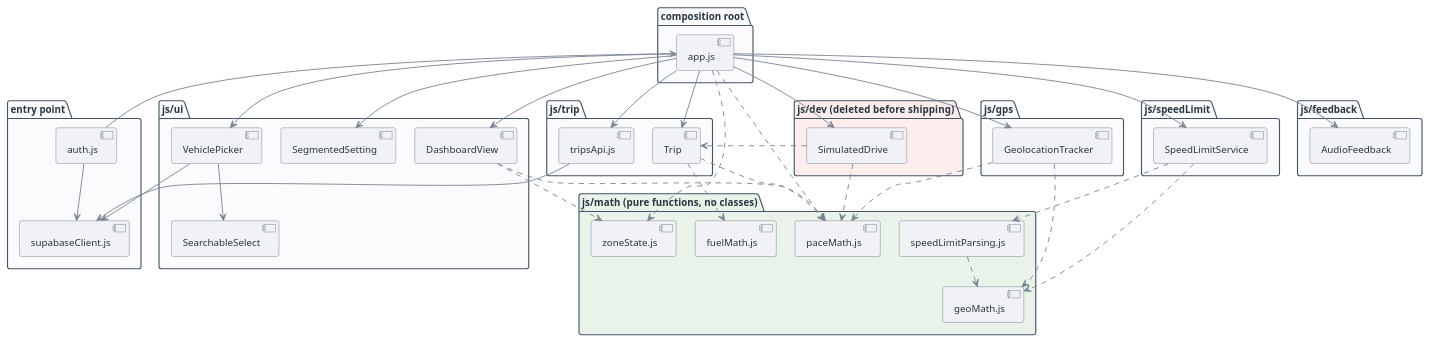
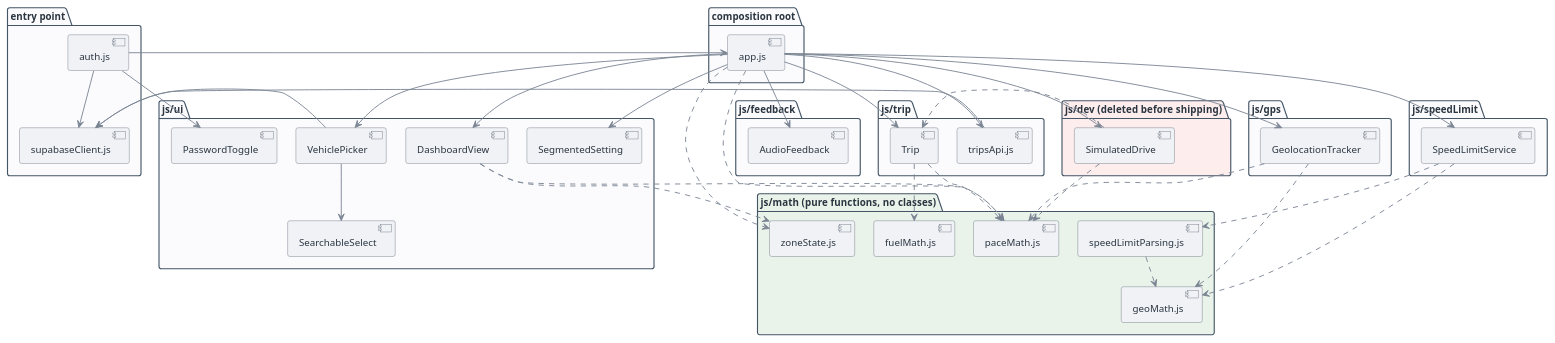
Before and after one commit to ysfrknzydn/paceometer-app: the diagram in docs/diagrams/package-diagram.puml, drawn with PlantUML. The commit also changed 30 other files, not shown here.

Commit message:
Add self-serve password reset, redesign the auth screen and speed-limit sign, and give simulated drives their own trip flow, backed by a new Playwright test suite.

```diff
--- a/docs/diagrams/package-diagram.puml
+++ b/docs/diagrams/package-diagram.puml
@@ -1,100 +1,102 @@
 @startuml
 skinparam shadowing false
 skinparam roundCorner 6
 skinparam defaultFontName Helvetica
 skinparam defaultFontSize 13
 skinparam nodesep 25
 skinparam ranksep 40
 
 skinparam package {
   BorderColor #445566
   FontStyle bold
   FontColor #2A3540
   BackgroundColor #FBFBFD
 }
 skinparam component {
   BorderColor #5B6470
   BackgroundColor #F0F2F6
   FontColor #2A3540
 }
 skinparam arrow {
   Color #7A8492
   Thickness 1.2
 }
 
 package "entry point" as entry {
   [auth.js] as auth
   [supabaseClient.js] as supa
 }
 
 package "composition root" as root {
   [app.js] as appjs
 }
 
 package "js/gps" as gpsPkg {
   [GeolocationTracker] as geoTracker
 }
 
 package "js/speedLimit" as slPkg {
   [SpeedLimitService] as sls
 }
 
 package "js/trip" as tripPkg {
   [Trip] as tripClass
   [tripsApi.js] as tripsApi
 }
 
 package "js/ui" as uiPkg {
   [DashboardView] as dashboardView
   [SegmentedSetting] as segmentedSetting
   [VehiclePicker] as vehiclePicker
   [SearchableSelect] as searchableSelect
+  [PasswordToggle] as passwordToggle
 }
 
 package "js/feedback" as fbPkg {
   [AudioFeedback] as audioFeedback
 }
 
 package "js/dev  (deleted before shipping)" as devPkg #FDEDED {
   [SimulatedDrive] as simulatedDrive
 }
 
 package "js/math  (pure functions, no classes)" as mathPkg #EAF3EA {
   [paceMath.js] as paceMath
   [zoneState.js] as zoneState
   [geoMath.js] as geoMath
   [speedLimitParsing.js] as slParsing
   [fuelMath.js] as fuelMath
 }
 
 auth --> appjs
 auth --> supa
+auth --> passwordToggle
 tripsApi --> supa
 vehiclePicker --> supa
 
 appjs --> geoTracker
 appjs --> sls
 appjs --> tripClass
 appjs --> tripsApi
 appjs --> dashboardView
 appjs --> segmentedSetting
 appjs --> vehiclePicker
 vehiclePicker --> searchableSelect
 appjs --> audioFeedback
 appjs --> simulatedDrive
 appjs ..> paceMath
 appjs ..> zoneState
 
 geoTracker ..> geoMath
 geoTracker ..> paceMath
 sls ..> geoMath
 sls ..> slParsing
 slParsing ..> geoMath
 tripClass ..> paceMath
 tripClass ..> fuelMath
 dashboardView ..> zoneState
 dashboardView ..> paceMath
 simulatedDrive ..> paceMath
 simulatedDrive ..> tripClass
 
 @enduml
```
